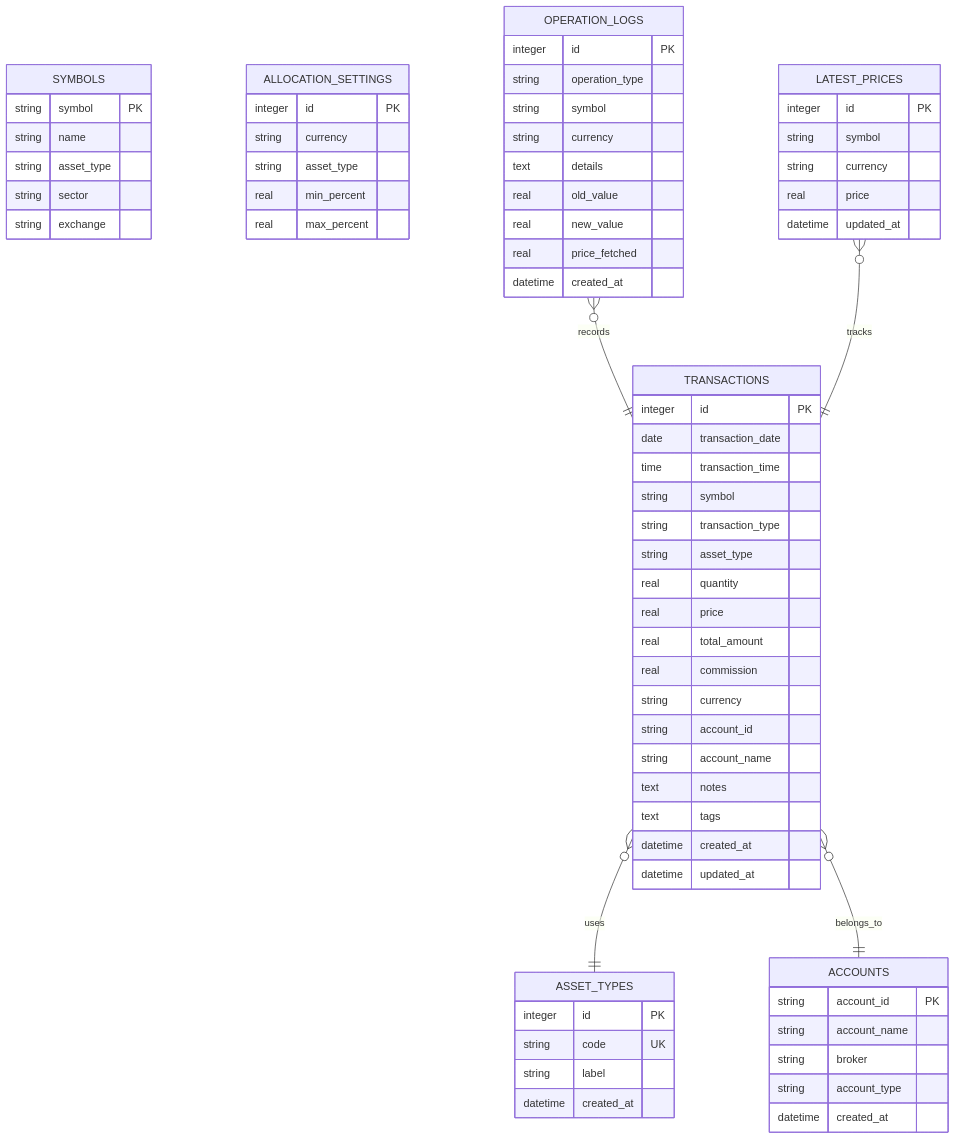
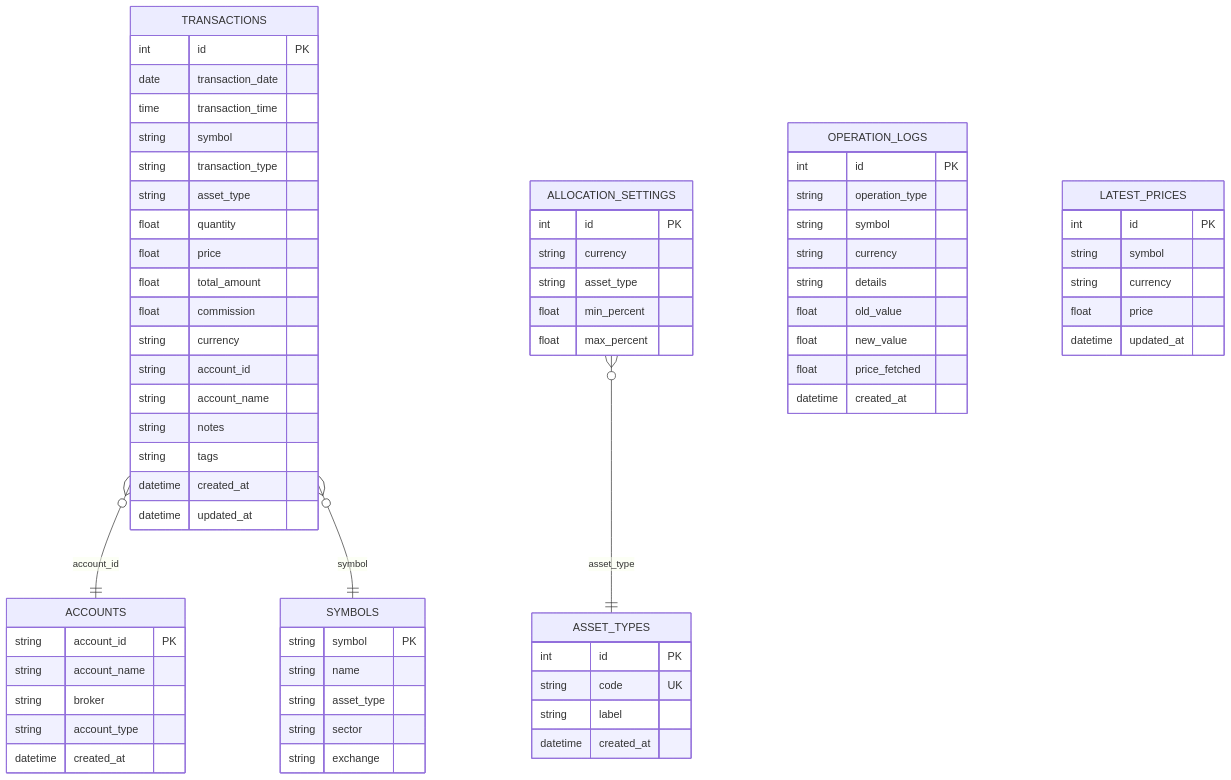
One commit to macrohuang/invest-log changed the third of 6 diagrams in .qoder/repowiki/zh/content/开发者指南/扩展开发指南.md. Above: the diagram before and after it, drawn with Mermaid. The commit also changed other lines of this file and 121 other files, not shown here.

````diff
--- a/.qoder/repowiki/zh/content/开发者指南/扩展开发指南.md
+++ b/.qoder/repowiki/zh/content/开发者指南/扩展开发指南.md
@@ -517,71 +165,70 @@
 ```mermaid
 erDiagram
 TRANSACTIONS {
-integer id PK
+int id PK
 date transaction_date
 time transaction_time
 string symbol
 string transaction_type
 string asset_type
-real quantity
-real price
-real total_amount
-real commission
+float quantity
+float price
+float total_amount
+float commission
 string currency
 string account_id
 string account_name
-text notes
-text tags
+string notes
+string tags
 datetime created_at
 datetime updated_at
 }
 ACCOUNTS {
 string account_id PK
 string account_name
 string broker
 string account_type
 datetime created_at
 }
 SYMBOLS {
 string symbol PK
 string name
 string asset_type
 string sector
 string exchange
 }
 ALLOCATION_SETTINGS {
-integer id PK
+int id PK
 string currency
 string asset_type
-real min_percent
-real max_percent
+float min_percent
+float max_percent
 }
 ASSET_TYPES {
-integer id PK
+int id PK
 string code UK
 string label
 datetime created_at
 }
 OPERATION_LOGS {
-integer id PK
+int id PK
 string operation_type
 string symbol
 string currency
-text details
-real old_value
-real new_value
-real price_fetched
+string details
+float old_value
+float new_value
+float price_fetched
 datetime created_at
 }
 LATEST_PRICES {
-integer id PK
+int id PK
 string symbol
 string currency
-real price
+float price
 datetime updated_at
 }
-TRANSACTIONS }o--|| ASSET_TYPES : "uses"
-TRANSACTIONS }o--|| ACCOUNTS : "belongs_to"
-OPERATION_LOGS }o--|| TRANSACTIONS : "records"
-LATEST_PRICES }o--|| TRANSACTIONS : "tracks"
+TRANSACTIONS }o--|| ACCOUNTS : "account_id"
+TRANSACTIONS }o--|| SYMBOLS : "symbol"
+ALLOCATION_SETTINGS }o--|| ASSET_TYPES : "asset_type"
 ```
````
